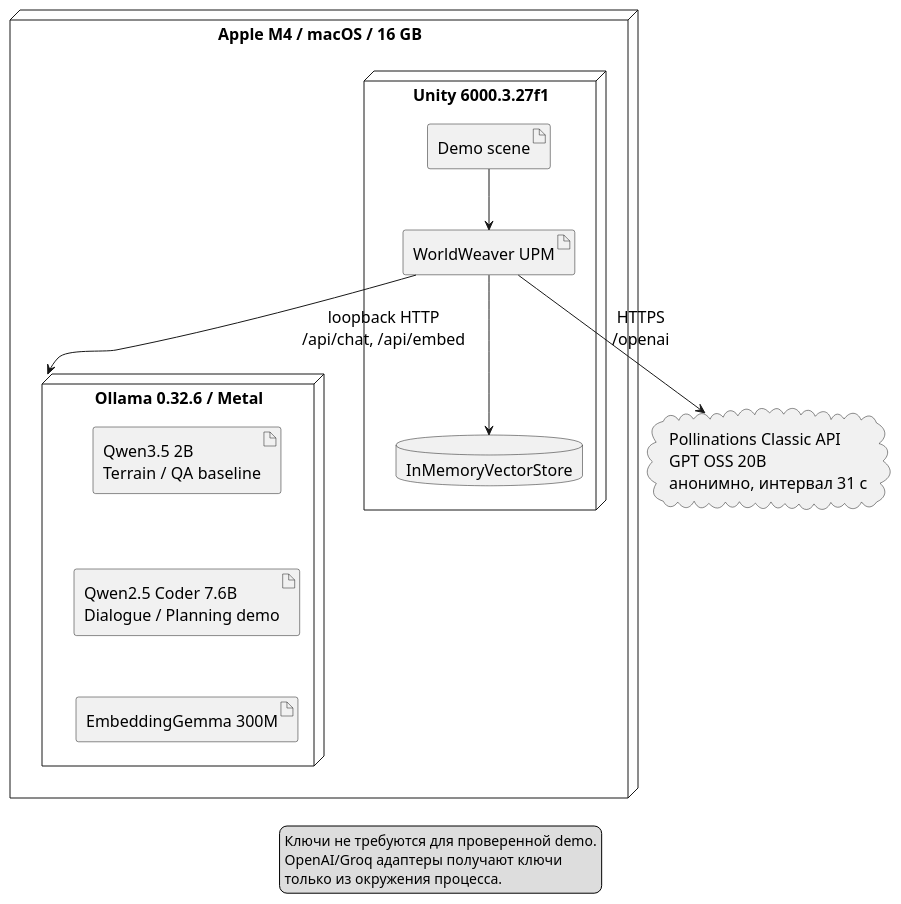
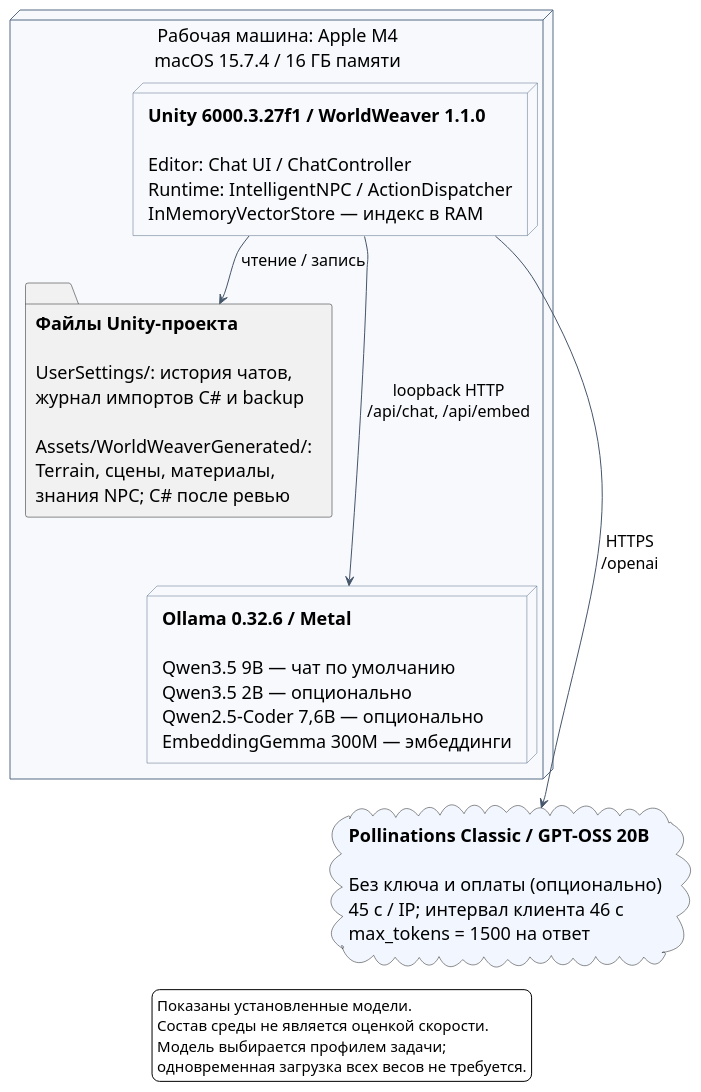
One commit to saslekawaiii/scenepilot-unity changed the diagram in docs/uml/deployment.puml. Above: the diagram before and after it, drawn with PlantUML. The commit also changed 465 other files, not shown here.

Commit message:
release: document and verify WorldWeaver 1.1 chat agent

```diff
--- a/docs/uml/deployment.puml
+++ b/docs/uml/deployment.puml
@@ -1,31 +1,37 @@
 @startuml
+' Current physical deployment; the previous runtime 1.0 figure has an archived manifest.
 skinparam defaultFontName Arial
+skinparam defaultFontSize 18
 skinparam shadowing false
-skinparam defaultFontSize 16
+skinparam backgroundColor white
+skinparam nodesep 20
+skinparam ranksep 24
+skinparam ArrowColor #45556A
+skinparam ArrowFontSize 16
+skinparam nodeFontStyle plain
+skinparam nodeBackgroundColor #F7F9FC
+skinparam nodeBorderColor #566B85
+skinparam cloudBackgroundColor #F2F7FF
+skinparam legendFontSize 15
 top to bottom direction
-node "Apple M4 / macOS / 16 GB" {
- node "Unity 6000.3.27f1" as EditorNode {
-  artifact "WorldWeaver UPM" as Toolkit
-  artifact "Demo scene" as Scene
-  database "InMemoryVectorStore" as Index
- }
- node "Ollama 0.32.6 / Metal" as OllamaNode {
-  artifact "Qwen3.5 2B\nTerrain / QA baseline" as Qwen
-  artifact "Qwen2.5 Coder 7.6B\nDialogue / Planning demo" as Coder
-  artifact "EmbeddingGemma 300M" as Gemma
-  Qwen -[hidden]down-> Coder
-  Coder -[hidden]down-> Gemma
- }
- EditorNode -[hidden]down-> OllamaNode
+
+node "Рабочая машина: Apple M4\nmacOS 15.7.4 / 16 ГБ памяти" as Host {
+  node "<b>Unity 6000.3.27f1 / WorldWeaver 1.1.0</b>\n\nEditor: Chat UI / ChatController\nRuntime: IntelligentNPC / ActionDispatcher\nInMemoryVectorStore — индекс в RAM" as Unity
+  folder "<b>Файлы Unity-проекта</b>\n\nUserSettings/: история чатов,\nжурнал импортов C# и backup\n\nAssets/WorldWeaverGenerated/:\nTerrain, сцены, материалы,\nзнания NPC; C# после ревью" as Files
+  node "<b>Ollama 0.32.6 / Metal</b>\n\nQwen3.5 9B — чат по умолчанию\nQwen3.5 2B — опционально\nQwen2.5-Coder 7,6B — опционально\nEmbeddingGemma 300M — эмбеддинги" as Ollama
+  Unity -down-> Files : чтение / запись
+  Unity -down-> Ollama : loopback HTTP\n/api/chat, /api/embed
+  Files -[hidden]down-> Ollama
 }
-cloud "Pollinations Classic API\nGPT OSS 20B\nанонимно, интервал 31 с" as Free
-Scene --> Toolkit
-Toolkit --> Index
-Toolkit --> OllamaNode : loopback HTTP\n/api/chat, /api/embed
-Toolkit --> Free : HTTPS\n/openai
+
+cloud "<b>Pollinations Classic / GPT-OSS 20B</b>\n\nБез ключа и оплаты (опционально)\n45 с / IP; интервал клиента 46 с\nmax_tokens = 1500 на ответ" as Classic
+Unity -down-> Classic : HTTPS\n/openai
+Ollama -[hidden]down-> Classic
+
 legend bottom
-Ключи не требуются для проверенной demo.
-OpenAI/Groq адаптеры получают ключи
-только из окружения процесса.
+Показаны установленные модели.
+Состав среды не является оценкой скорости.
+Модель выбирается профилем задачи;
+одновременная загрузка всех весов не требуется.
 endlegend
 @enduml
```
